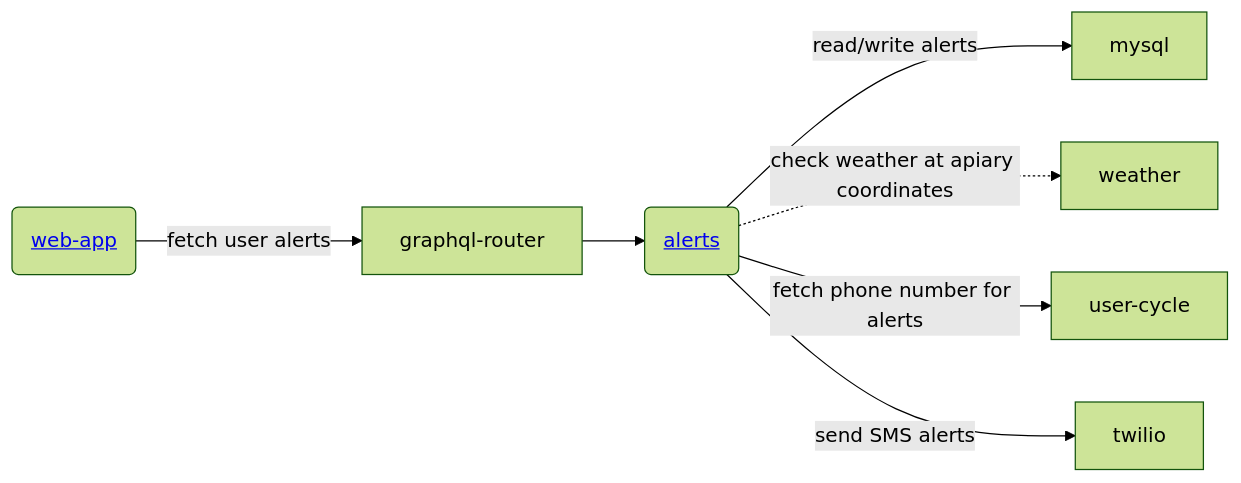
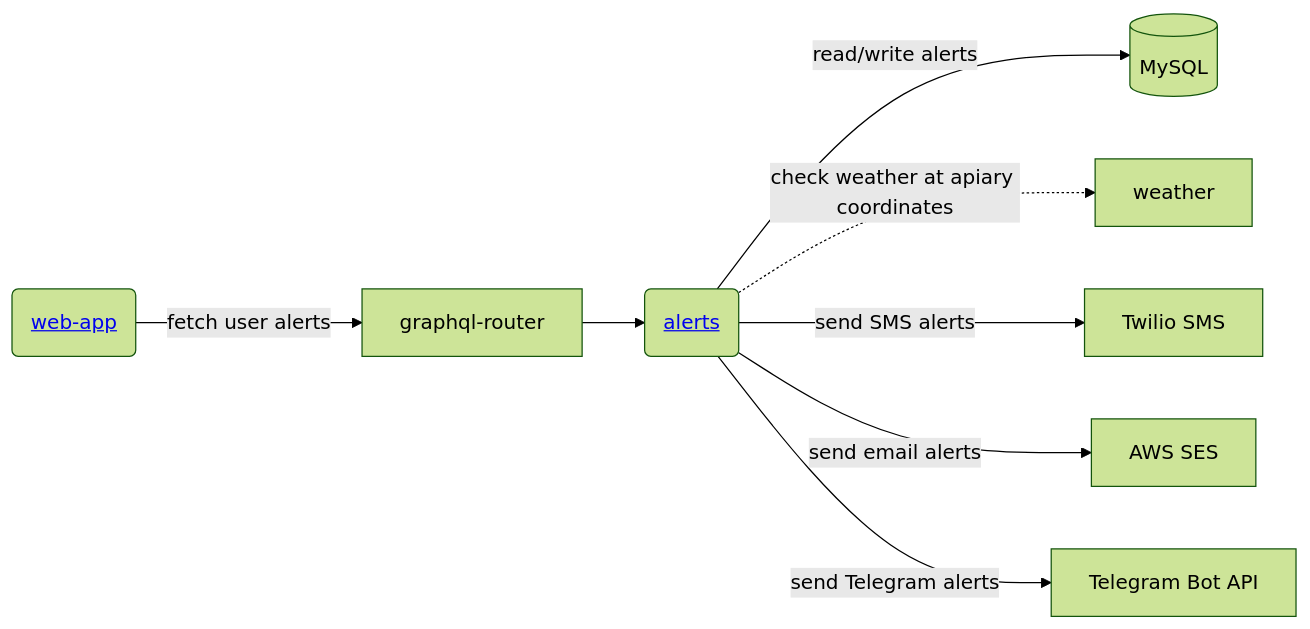
The first of 2 diagrams in README.md (Gratheon/alerts), drawn with Mermaid (forest theme) before and after one commit. The commit also changed other lines of this file and 2 other files, not shown here.

````diff
--- a/README.md
+++ b/README.md
@@ -36,7 +459,10 @@
 ```mermaid
 flowchart LR
-    web-app("<a href='https://github.com/Gratheon/web-app'>web-app</a>") --"fetch user alerts"--> graphql-router --> alerts("<a href='https://github.com/Gratheon/alerts'>alerts</a>") --"read/write alerts"--> mysql
+    web-app("<a href='https://github.com/Gratheon/web-app'>web-app</a>") --"fetch user alerts"--> graphql-router
+    graphql-router --> alerts("<a href='https://github.com/Gratheon/alerts'>alerts</a>")
+    alerts --"read/write alerts"--> mysql[(MySQL)]
     alerts -."check weather at apiary coordinates".-> weather
-    alerts --"fetch phone number for alerts"--> user-cycle
-    alerts --"send SMS alerts"--> twilio
+    alerts --"send SMS alerts"--> twilio[Twilio SMS]
+    alerts --"send email alerts"--> ses[AWS SES]
+    alerts --"send Telegram alerts"--> telegram[Telegram Bot API]
 ```
````
